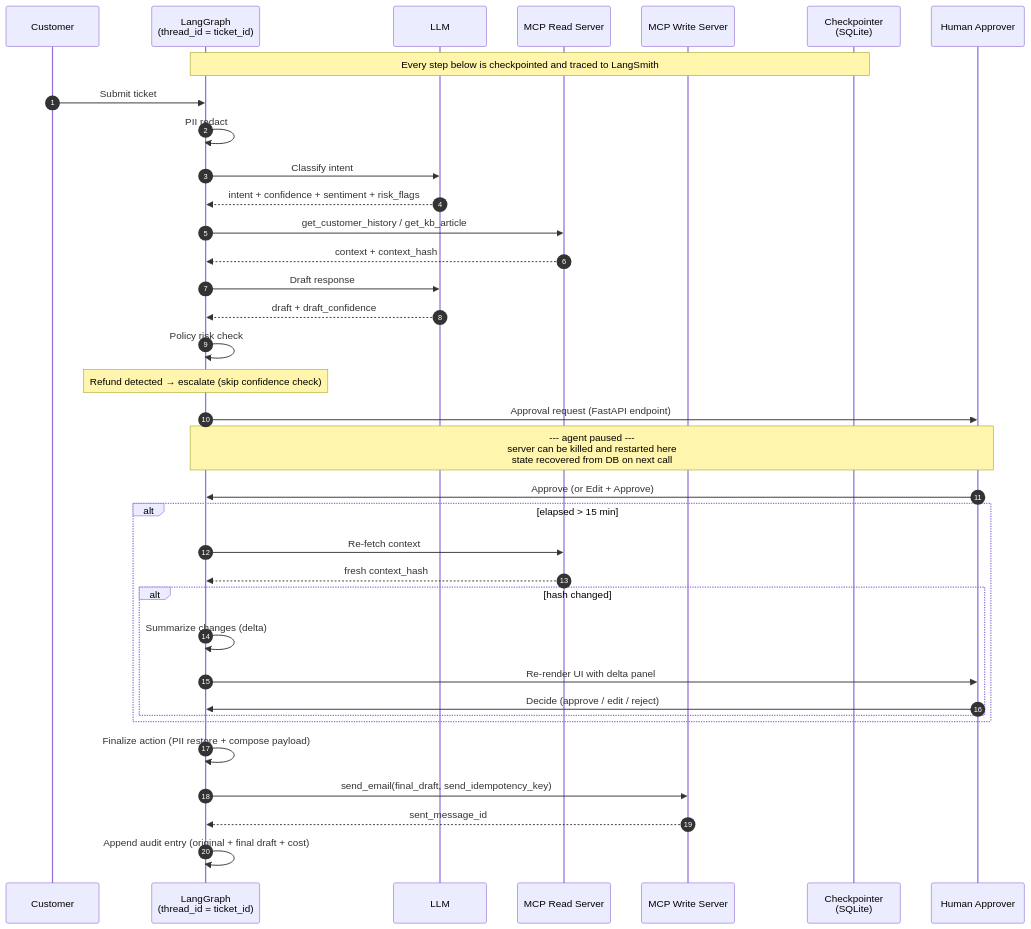
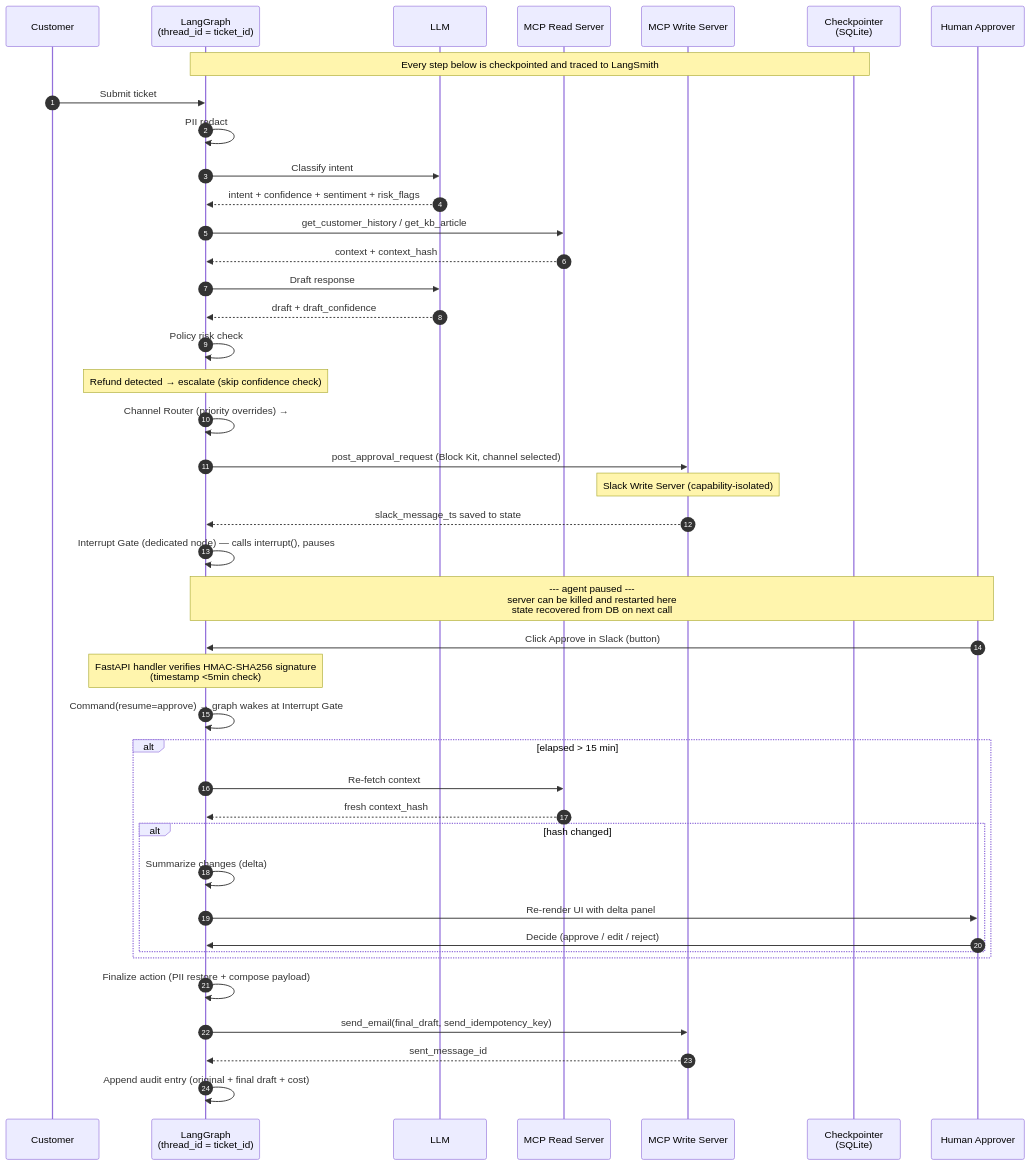
The third of 4 diagrams in docs/architecture.md (Ranjith36963/hitl-support-agent), drawn with Mermaid before and after one commit. The commit also changed other lines of this file and 2 other files, not shown here.

````diff
--- a/docs/architecture.md
+++ b/docs/architecture.md
@@ -212,45 +253,51 @@
 ```mermaid
 sequenceDiagram
     autonumber
     participant C as Customer
     participant G as LangGraph<br/>(thread_id = ticket_id)
     participant L as LLM
     participant MR as MCP Read Server
     participant MW as MCP Write Server
     participant DB as Checkpointer<br/>(SQLite)
     participant H as Human Approver
 
     Note over G,DB: Every step below is checkpointed and traced to LangSmith
 
     C->>G: Submit ticket
     G->>G: PII redact
     G->>L: Classify intent
     L-->>G: intent + confidence + sentiment + risk_flags
     G->>MR: get_customer_history / get_kb_article
     MR-->>G: context + context_hash
     G->>L: Draft response
     L-->>G: draft + draft_confidence
 
     G->>G: Policy risk check
     Note over G: Refund detected → escalate (skip confidence check)
-    G->>H: Approval request (FastAPI endpoint)
+    G->>G: Channel Router (priority overrides) → #support-refunds
+    G->>MW: post_approval_request (Block Kit, channel selected)
+    Note over MW: Slack Write Server (capability-isolated)
+    MW-->>G: slack_message_ts saved to state
+    G->>G: Interrupt Gate (dedicated node) — calls interrupt(), pauses
 
     Note over G,H: --- agent paused ---<br/>server can be killed and restarted here<br/>state recovered from DB on next call
 
-    H->>G: Approve (or Edit + Approve)
+    H->>G: Click Approve in Slack (button)
+    Note over G: FastAPI handler verifies HMAC-SHA256 signature<br/>(timestamp <5min check)
+    G->>G: Command(resume=approve) → graph wakes at Interrupt Gate
 
     alt elapsed > 15 min
         G->>MR: Re-fetch context
         MR-->>G: fresh context_hash
         alt hash changed
             G->>G: Summarize changes (delta)
             G->>H: Re-render UI with delta panel
             H->>G: Decide (approve / edit / reject)
         end
     end
 
     G->>G: Finalize action (PII restore + compose payload)
     G->>MW: send_email(final_draft, send_idempotency_key)
     MW-->>G: sent_message_id
     G->>G: Append audit entry (original + final draft + cost)
 ```
````
